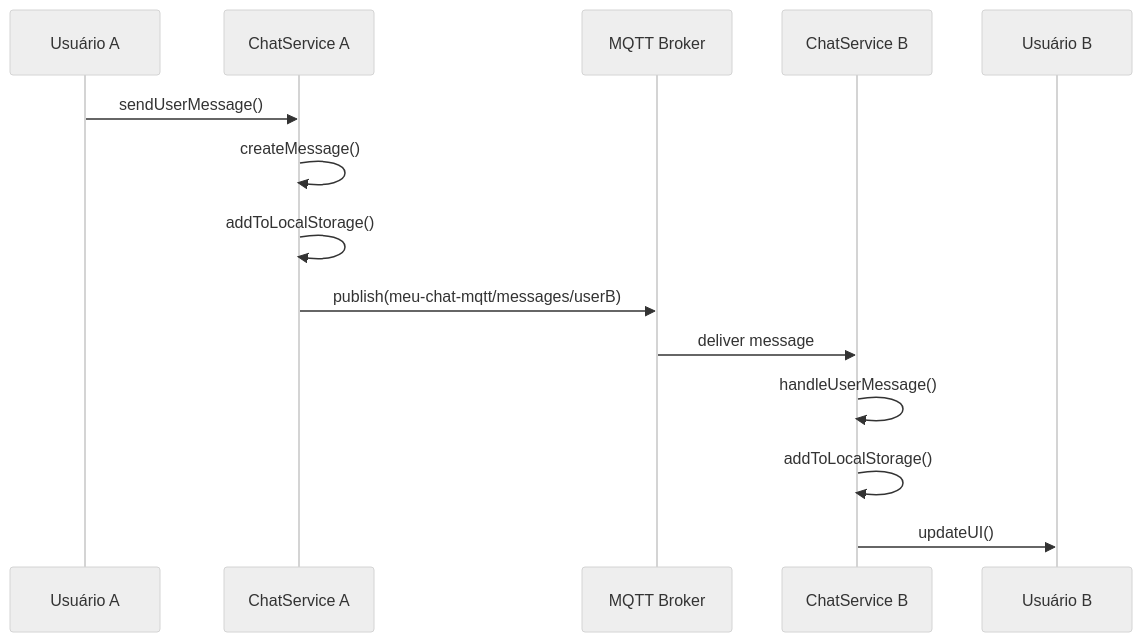
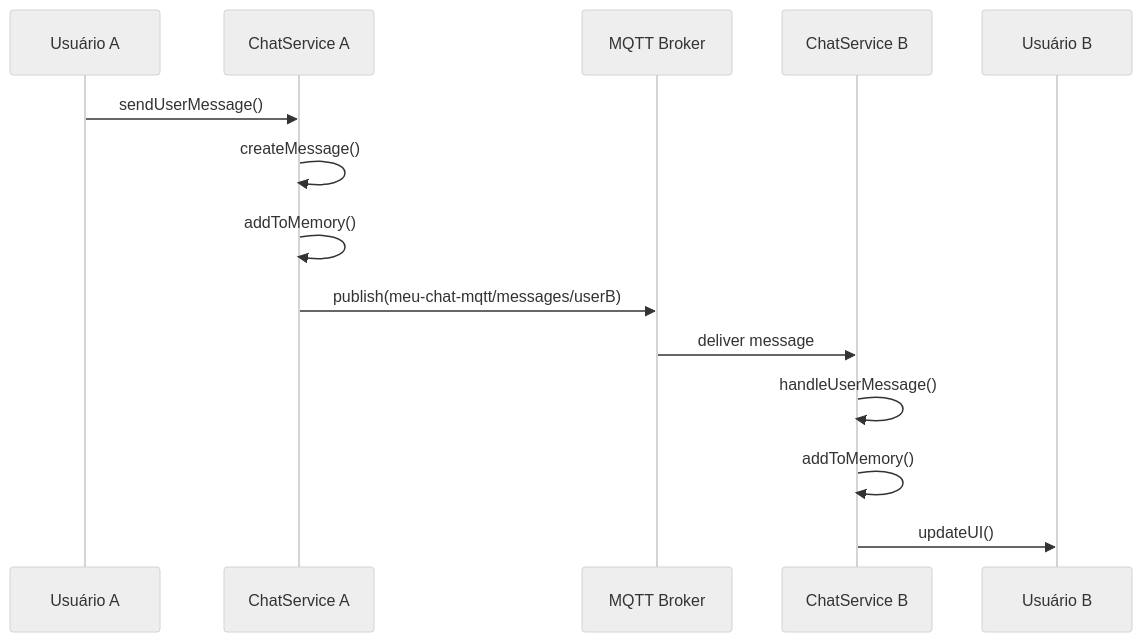
One commit to debora-rebelatto/mqtt-chat changed the third of 4 diagrams in reports/ARQUITETURA_SISTEMA.md. Above: the diagram before and after it, drawn with Mermaid (neutral theme). The commit also changed other lines of this file and 5 other files, not shown here.

````diff
--- a/reports/ARQUITETURA_SISTEMA.md
+++ b/reports/ARQUITETURA_SISTEMA.md
@@ -86,17 +86,17 @@
 ```mermaid
 sequenceDiagram
     participant U1 as Usuário A
     participant C1 as ChatService A
     participant M as MQTT Broker
     participant C2 as ChatService B
     participant U2 as Usuário B
     
     U1->>C1: sendUserMessage()
     C1->>C1: createMessage()
-    C1->>C1: addToLocalStorage()
+    C1->>C1: addToMemory()
     C1->>M: publish(meu-chat-mqtt/messages/userB)
     M->>C2: deliver message
     C2->>C2: handleUserMessage()
-    C2->>C2: addToLocalStorage()
+    C2->>C2: addToMemory()
     C2->>U2: updateUI()
 ```
````
